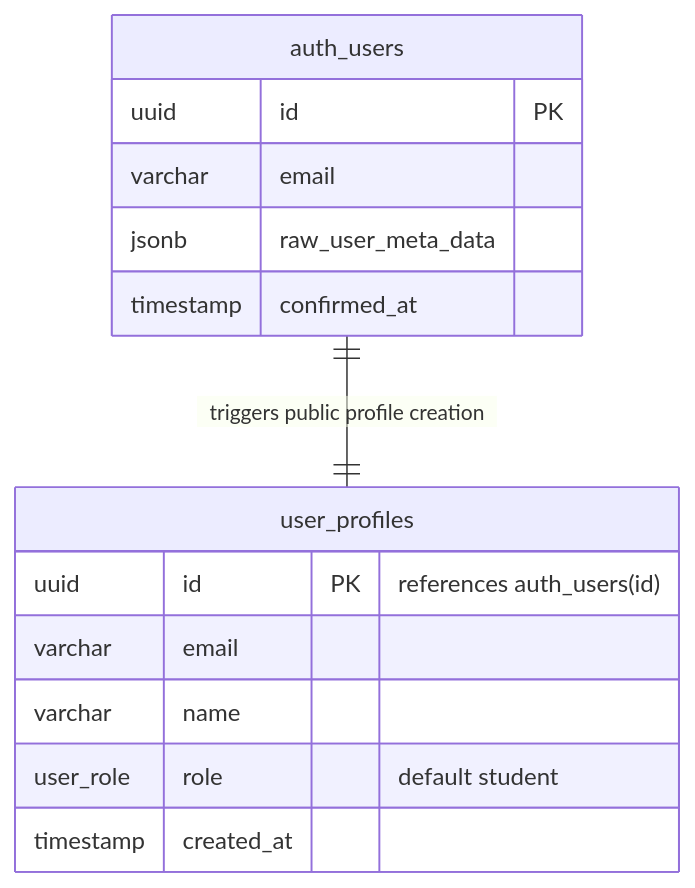
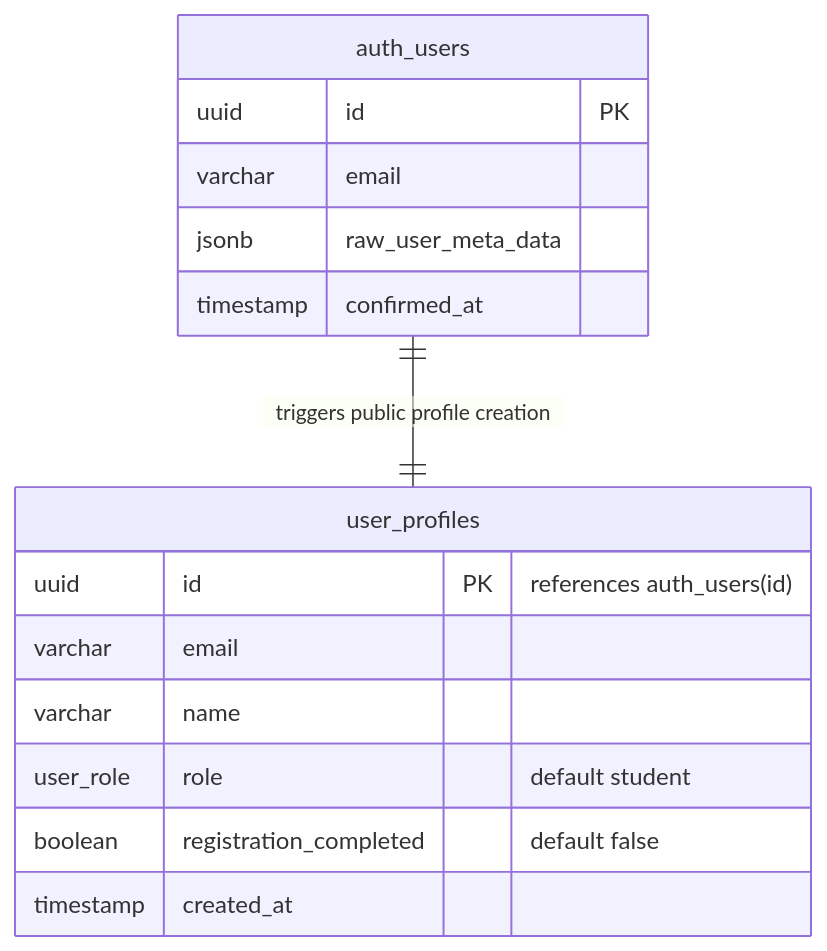
Before and after one commit to hmdemelo/aparovaenf: the first of 2 diagrams in specs/007-user-registration-options/data-model.md, drawn with Mermaid. The commit also changed other lines of this file and 27 other files, not shown here.

````diff
--- a/specs/007-user-registration-options/data-model.md
+++ b/specs/007-user-registration-options/data-model.md
@@ -7,17 +9,18 @@
 ```mermaid
 erDiagram
     auth_users {
         uuid id PK
         varchar email
         jsonb raw_user_meta_data
         timestamp confirmed_at
     }
     user_profiles {
         uuid id PK "references auth_users(id)"
         varchar email
         varchar name
         user_role role "default student"
+        boolean registration_completed "default false"
         timestamp created_at
     }
     auth_users ||--|| user_profiles : "triggers public profile creation"
 ```
````
